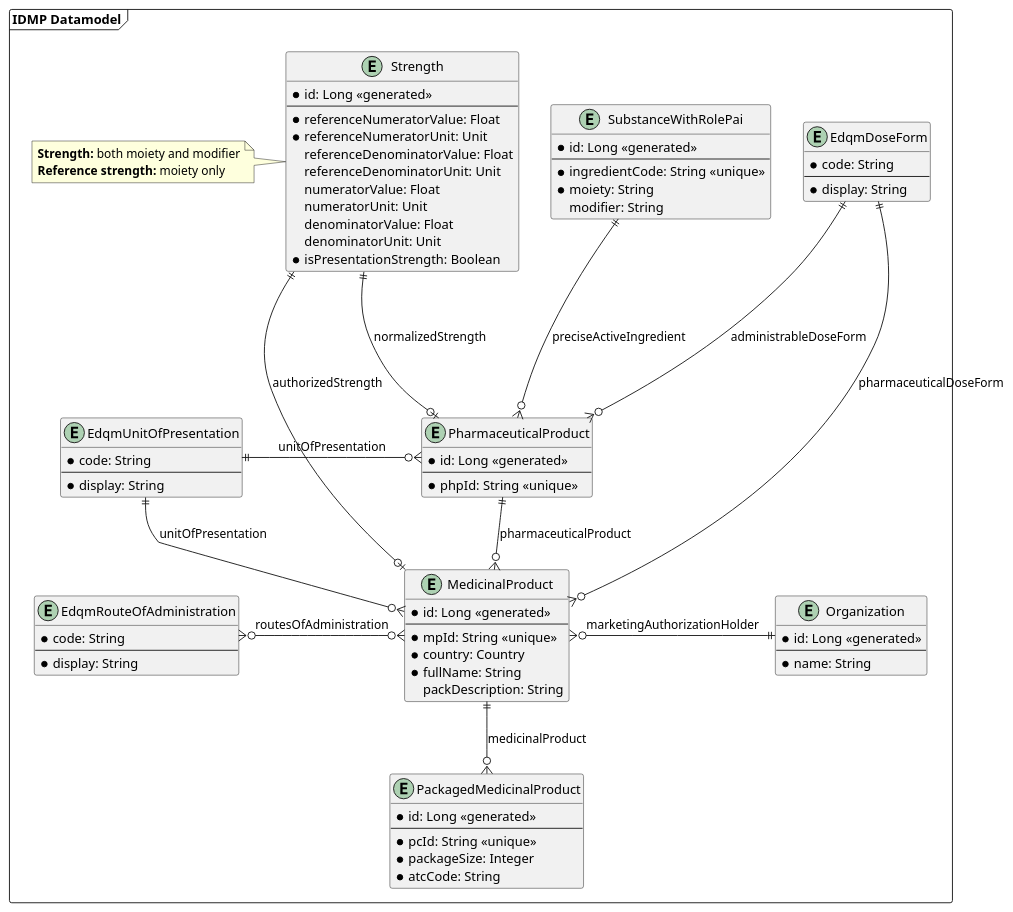
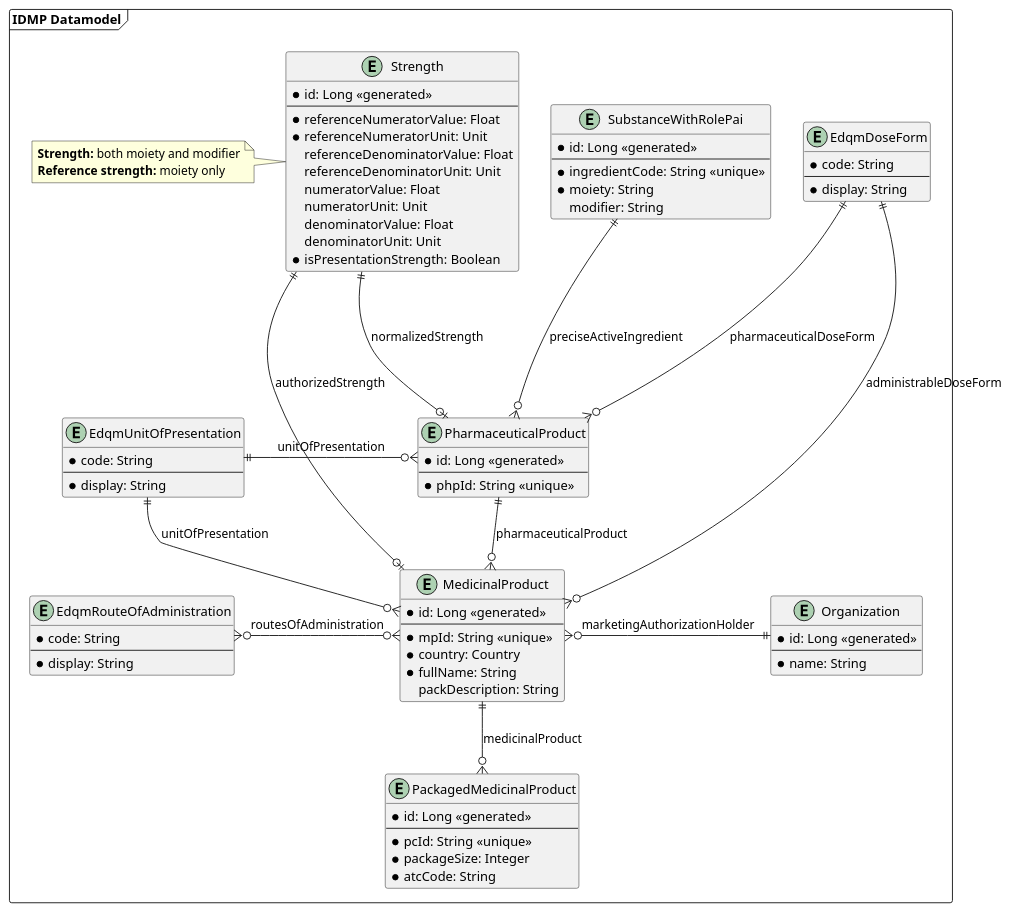
One commit to unicom-project-eu/wp6-db-api changed the diagram in uml/class/datamodel.puml. Above: the diagram before and after it, drawn with PlantUML. The commit also changed 4 other files, not shown here.

Commit message:
Swapped administrableDoseForm and pharmaceuticalDoseForm

```diff
--- a/uml/class/datamodel.puml
+++ b/uml/class/datamodel.puml
@@ -1,97 +1,97 @@
 @startuml
 'https://plantuml.com/class-diagram
 
 package "IDMP Datamodel" as idmpDatamodel <<frame>> {
     entity EdqmRouteOfAdministration {
         * code: String
         --
         * display: String
     }
 
     entity EdqmUnitOfPresentation {
         * code: String
         --
         * display: String
     }
 
     together {
         entity EdqmDoseForm {
             * code: String
             --
             * display: String
         }
 
         entity Strength {
             * id: Long <<generated>>
             --
             * referenceNumeratorValue: Float
             * referenceNumeratorUnit: Unit
             referenceDenominatorValue: Float
             referenceDenominatorUnit: Unit
             numeratorValue: Float
             numeratorUnit: Unit
             denominatorValue: Float
             denominatorUnit: Unit
             * isPresentationStrength: Boolean
         }
 
         entity SubstanceWithRolePai {
             * id: Long <<generated>>
             --
             * ingredientCode: String <<unique>>
             * moiety: String
             modifier: String
         }
 
         note left of Strength {
                     **Strength:** both moiety and modifier
                     **Reference strength:** moiety only
                 }
     }
 
     entity PharmaceuticalProduct {
         * id: Long <<generated>>
         --
         * phpId: String <<unique>>
     }
 
     entity MedicinalProduct {
         * id: Long <<generated>>
         --
         * mpId: String <<unique>>
         * country: Country
         * fullName: String
         packDescription: String
     }
 
     entity PackagedMedicinalProduct {
         * id: Long <<generated>>
         --
         * pcId: String <<unique>>
         * packageSize: Integer
         * atcCode: String
     }
 
     entity Organization {
         * id: Long <<generated>>
         --
         * name: String
     }
 
     EdqmUnitOfPresentation ||-o{ PharmaceuticalProduct : unitOfPresentation
     EdqmUnitOfPresentation ||--o{ MedicinalProduct : unitOfPresentation
 
     SubstanceWithRolePai ||---o{ PharmaceuticalProduct : preciseActiveIngredient
-    EdqmDoseForm ||---o{ PharmaceuticalProduct : administrableDoseForm
+    EdqmDoseForm ||---o{ PharmaceuticalProduct : pharmaceuticalDoseForm
     Strength ||---o| PharmaceuticalProduct : normalizedStrength
 
     PharmaceuticalProduct ||--o{ MedicinalProduct : pharmaceuticalProduct
 
     MedicinalProduct ||--o{ PackagedMedicinalProduct : medicinalProduct
-    MedicinalProduct }o--|| EdqmDoseForm : pharmaceuticalDoseForm
+    MedicinalProduct }o--|| EdqmDoseForm : administrableDoseForm
     MedicinalProduct |o--|| Strength : authorizedStrength
     EdqmRouteOfAdministration }o-o{ MedicinalProduct : routesOfAdministration
 
     MedicinalProduct }o-|| Organization : marketingAuthorizationHolder
 }
 @enduml
```
